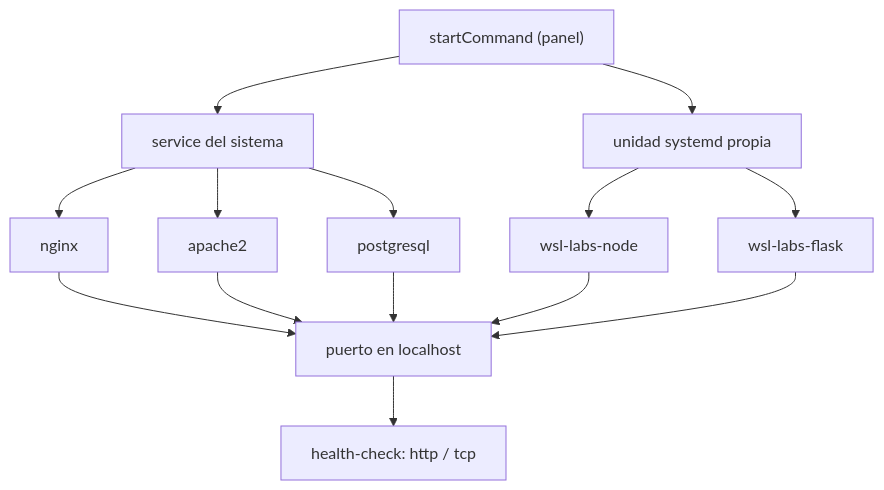
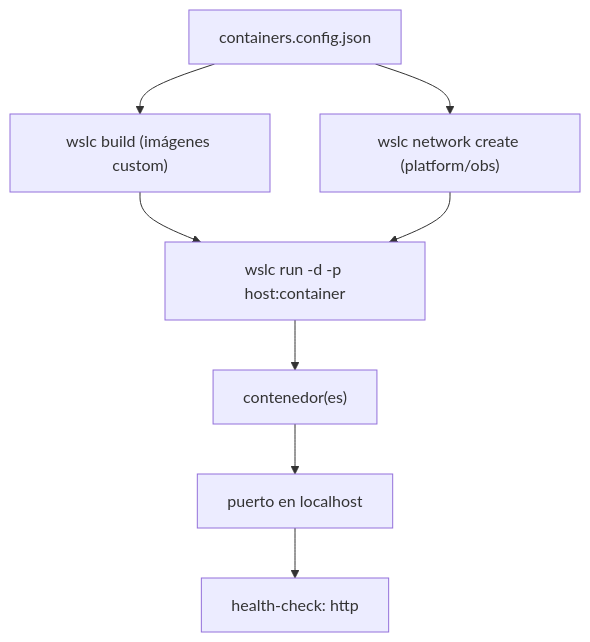
The diagram in docs/LABS_RUNTIME_REFERENCE.md (vladimiracunadev-create/wsl-labs), drawn with Mermaid before and after one commit. The commit also changed other lines of this file and 90 other files, not shown here.

````diff
--- a/docs/LABS_RUNTIME_REFERENCE.md
+++ b/docs/LABS_RUNTIME_REFERENCE.md
@@ -11,17 +11,11 @@
 ```mermaid
 flowchart TD
-    Start["startCommand (panel)"]
-    Start --> Sys["service del sistema"]
-    Start --> Unit["unidad systemd propia"]
-    Sys --> NGINX["nginx"]
-    Sys --> APACHE["apache2"]
-    Sys --> PG["postgresql"]
-    Unit --> NODE["wsl-labs-node"]
-    Unit --> FLASK["wsl-labs-flask"]
-    NGINX --> Port["puerto en localhost"]
-    APACHE --> Port
-    PG --> Port
-    NODE --> Port
-    FLASK --> Port
-    Port --> Health["health-check: http / tcp"]
+    Cfg["containers.config.json"]
+    Cfg --> Build["wslc build (imágenes custom)"]
+    Cfg --> Net["wslc network create (platform/obs)"]
+    Build --> Up["wslc run -d -p host:container"]
+    Net --> Up
+    Up --> Ctr["contenedor(es)"]
+    Ctr --> Port["puerto en localhost"]
+    Port --> Health["health-check: http"]
 ```
````
